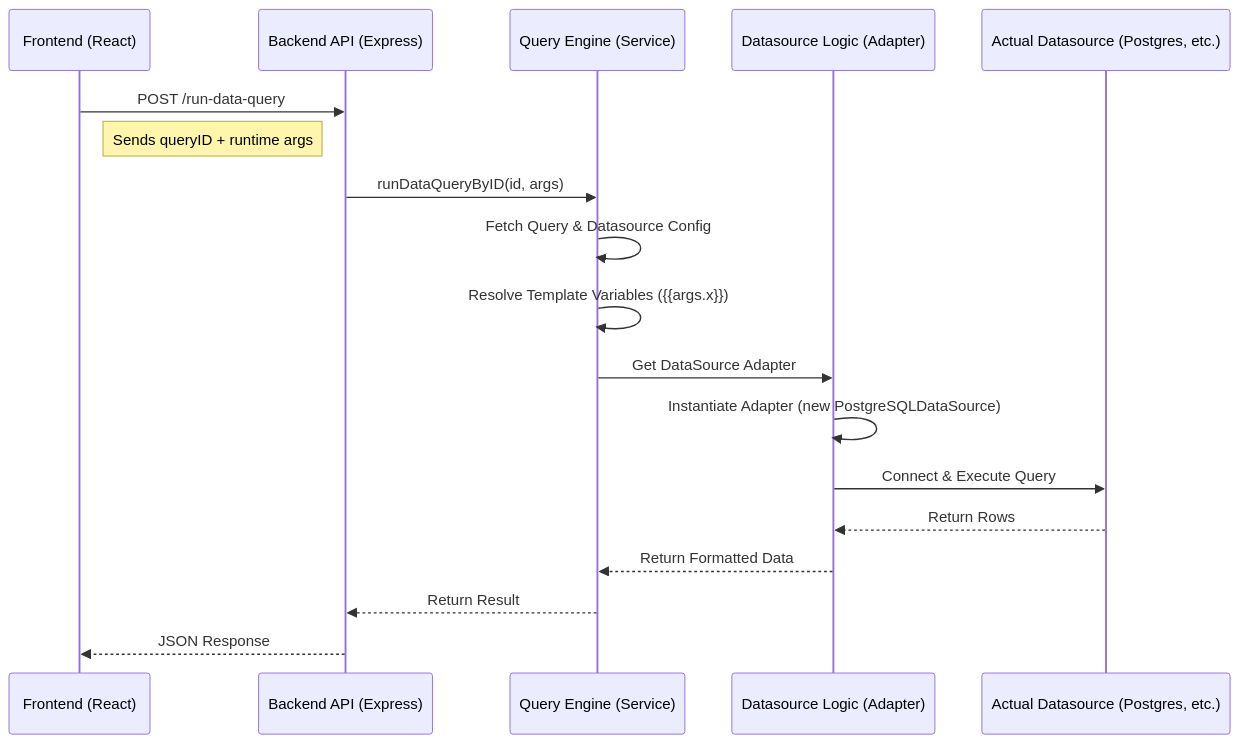
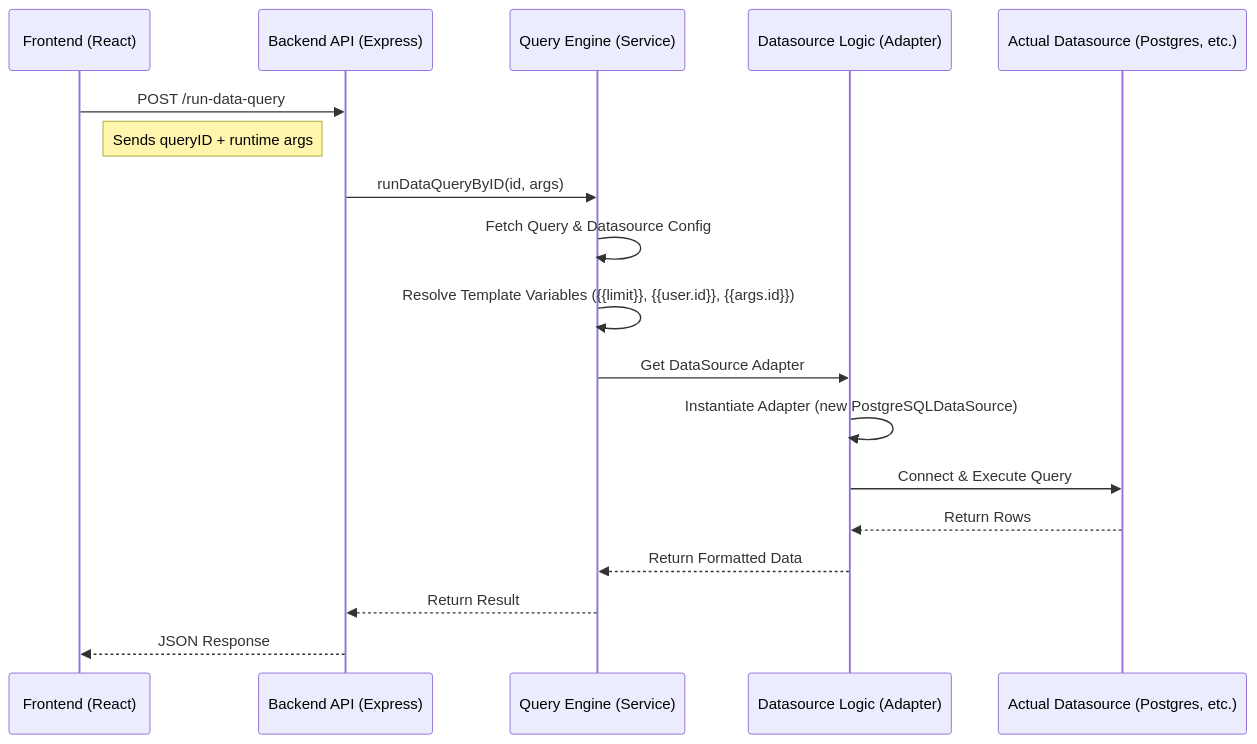
Before and after one commit to Jet-labs/jet-admin: the diagram in docs/docs/features/data-query/overview.mdx, drawn with Mermaid. The commit also changed other lines of this file and 49 other files, not shown here.

````diff
--- a/docs/docs/features/data-query/overview.mdx
+++ b/docs/docs/features/data-query/overview.mdx
@@ -18,21 +18,21 @@
 ```mermaid
 sequenceDiagram
     participant FE as Frontend (React)
     participant API as Backend API (Express)
     participant QE as Query Engine (Service)
     participant DL as Datasource Logic (Adapter)
     participant DB as Actual Datasource (Postgres, etc.)
 
     FE->>API: POST /run-data-query
     Note right of FE: Sends queryID + runtime args
     API->>QE: runDataQueryByID(id, args)
     QE->>QE: Fetch Query & Datasource Config
-    QE->>QE: Resolve Template Variables ({{args.x}})
+    QE->>QE: Resolve Template Variables ({{limit}}, {{user.id}}, {{args.id}})
     QE->>DL: Get DataSource Adapter
     DL->>DL: Instantiate Adapter (new PostgreSQLDataSource)
     DL->>DB: Connect & Execute Query
     DB-->>DL: Return Rows
     DL-->>QE: Return Formatted Data
     QE-->>API: Return Result
     API-->>FE: JSON Response
 ```
````
